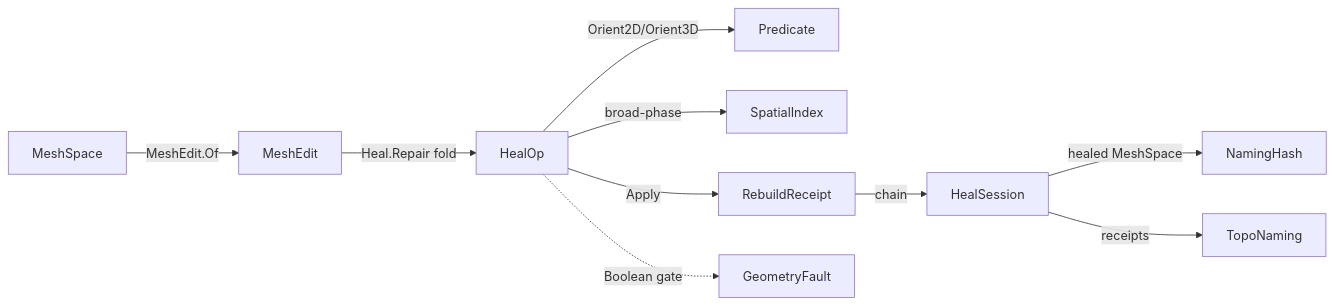
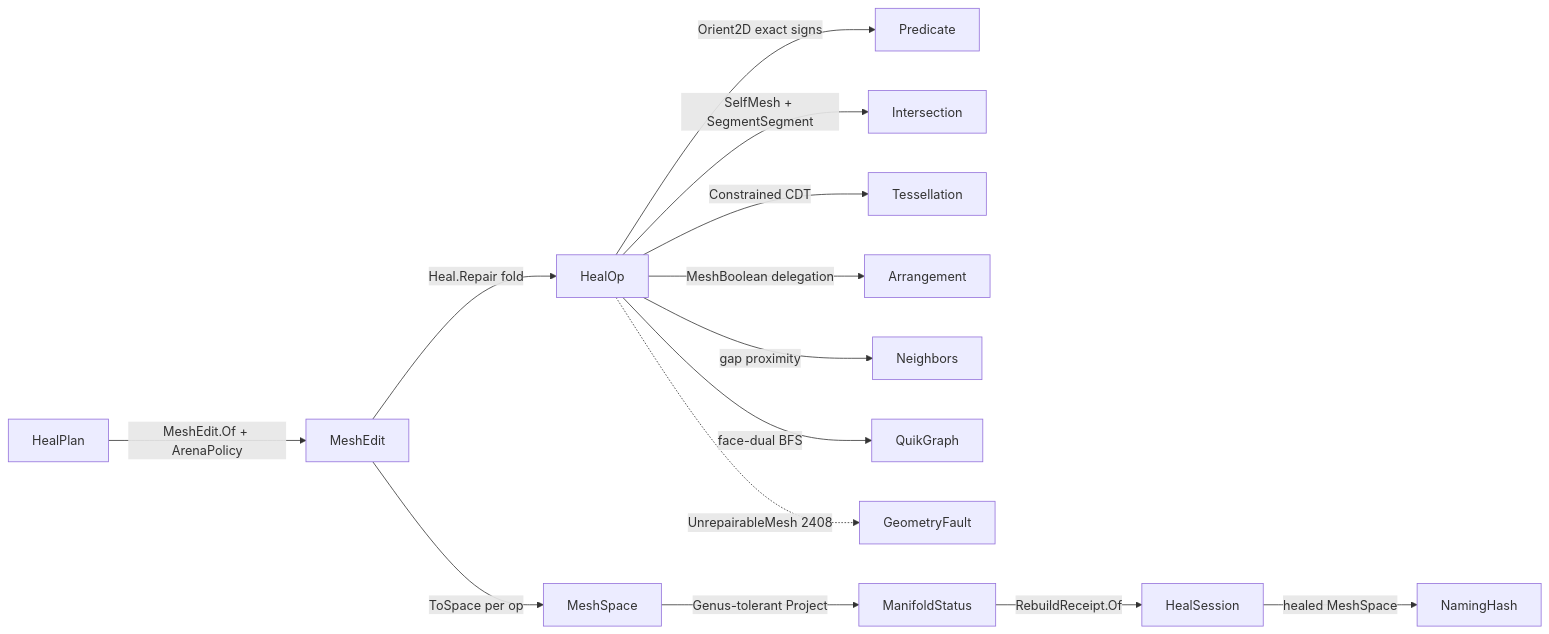
The diagram in libs/csharp/Rasm/.planning/Processing/repair.md (bsamiee/Rasm), drawn with Mermaid before and after one commit. The commit also changed other lines of this file and 22 other files, not shown here.

````diff
--- a/libs/csharp/Rasm/.planning/Processing/repair.md
+++ b/libs/csharp/Rasm/.planning/Processing/repair.md
@@ -377,12 +495,16 @@
 ```mermaid
 flowchart LR
-    MeshSpace -->|MeshEdit.Of| MeshEdit
+    HealPlan -->|MeshEdit.Of + ArenaPolicy| MeshEdit
     MeshEdit -->|Heal.Repair fold| HealOp
-    HealOp -->|Orient2D/Orient3D| Predicate
-    HealOp -->|broad-phase| SpatialIndex
-    HealOp -->|Apply| RebuildReceipt
-    RebuildReceipt -->|chain| HealSession
+    HealOp -->|Orient2D exact signs| Predicate
+    HealOp -->|SelfMesh + SegmentSegment| Intersection
+    HealOp -->|Constrained CDT| Tessellation
+    HealOp -->|MeshBoolean delegation| Arrangement
+    HealOp -->|gap proximity| Neighbors
+    HealOp -->|face-dual BFS| QuikGraph
+    MeshEdit -->|ToSpace per op| MeshSpace
+    MeshSpace -->|Genus-tolerant Project| ManifoldStatus
+    ManifoldStatus -->|RebuildReceipt.Of| HealSession
     HealSession -->|healed MeshSpace| NamingHash
-    HealSession -->|receipts| TopoNaming
-    HealOp -.->|Boolean gate| GeometryFault
+    HealOp -.->|UnrepairableMesh 2408| GeometryFault
 ```
````
